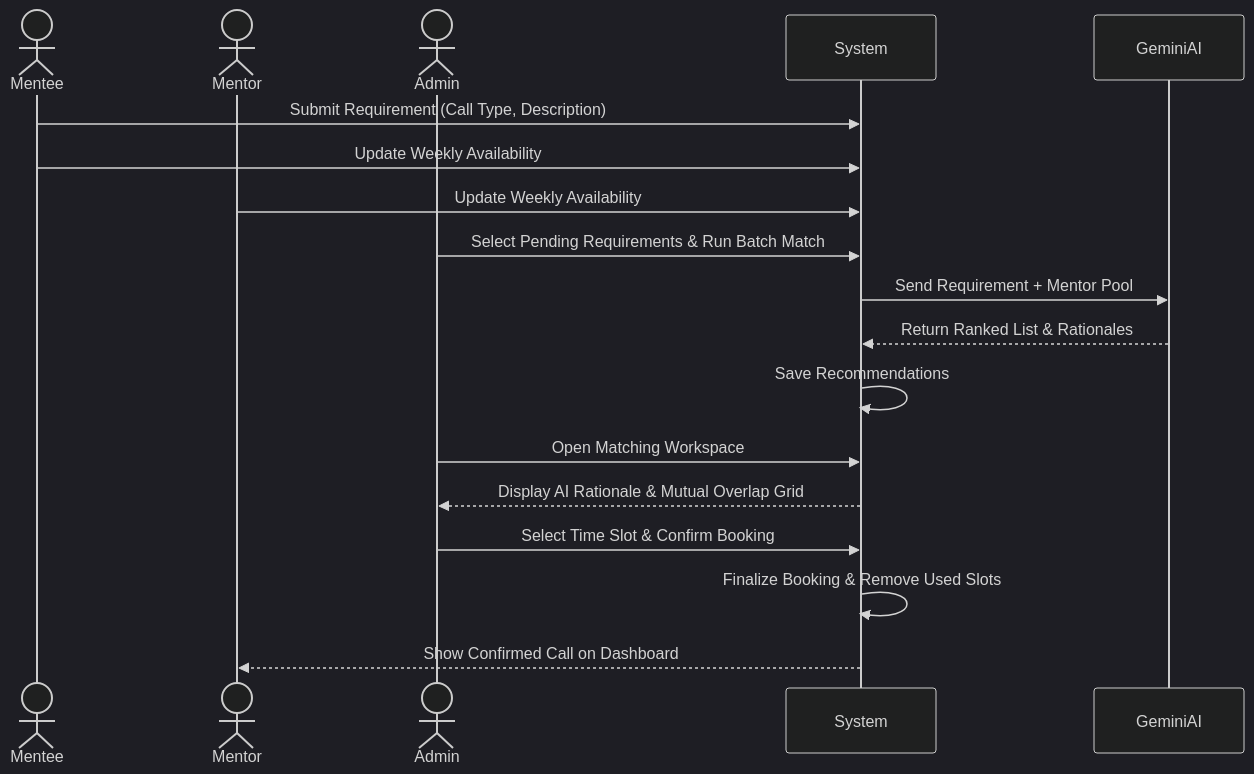
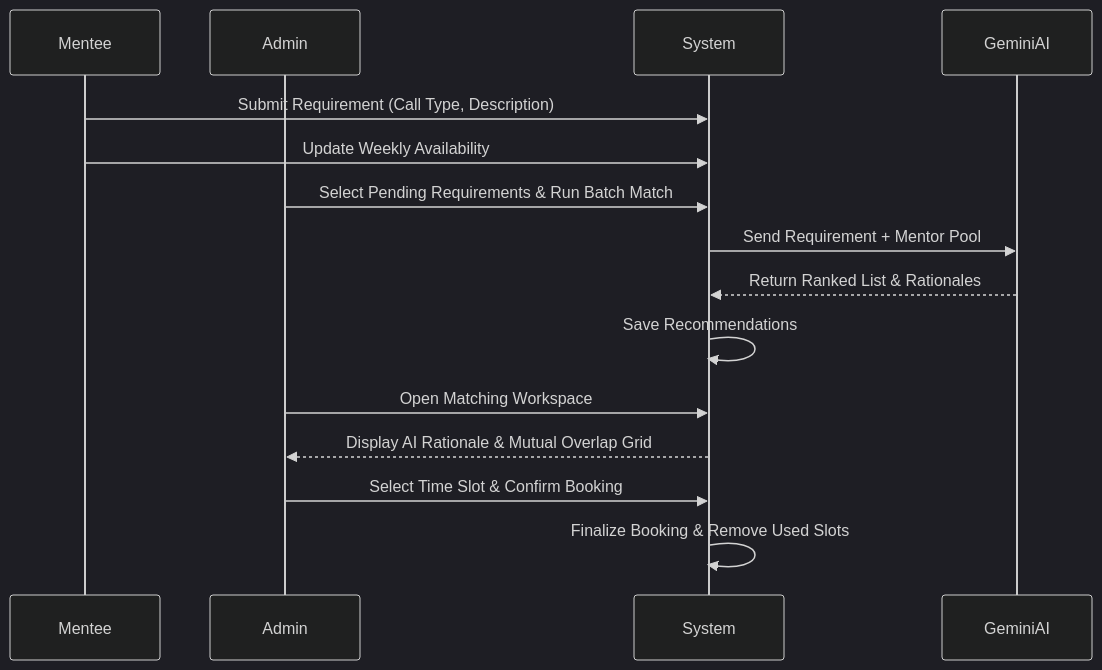
Before and after one commit to BugHunterX2101/mentoring_call_scheduling_system: the third of 3 diagrams in README.md, drawn with Mermaid (dark theme). The commit also changed other lines of this file, not shown here.

````diff
--- a/README.md
+++ b/README.md
@@ -187,24 +145,20 @@
 ```mermaid
 sequenceDiagram
-    actor Mentee
-    actor Mentor
-    actor Admin
+    participant Mentee
+    participant Admin
     participant System
     participant GeminiAI
     
     Mentee->>System: Submit Requirement (Call Type, Description)
     Mentee->>System: Update Weekly Availability
-    Mentor->>System: Update Weekly Availability
     
     Admin->>System: Select Pending Requirements & Run Batch Match
     System->>GeminiAI: Send Requirement + Mentor Pool
     GeminiAI-->>System: Return Ranked List & Rationales
     System->>System: Save Recommendations
     
     Admin->>System: Open Matching Workspace
     System-->>Admin: Display AI Rationale & Mutual Overlap Grid
     Admin->>System: Select Time Slot & Confirm Booking
     System->>System: Finalize Booking & Remove Used Slots
-    
-    System-->>Mentor: Show Confirmed Call on Dashboard
 ```
````
